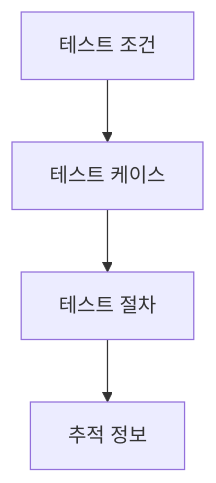
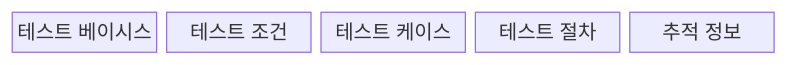
One commit to agnusdei1207/knowledge-base changed the first of 2 diagrams in src/content/docs/notes/03-software/079_iso_29119_test_design.md. Above: the diagram before and after it, drawn with Mermaid. The commit also changed other lines of this file and 20 other files, not shown here.

````diff
--- a/src/content/docs/notes/03-software/079_iso_29119_test_design.md
+++ b/src/content/docs/notes/03-software/079_iso_29119_test_design.md
@@ -64,6 +62,9 @@
 ```mermaid
-flowchart TD
-    C["테스트 조건"] --> K["테스트 케이스"]
-    K --> P["테스트 절차"]
-    P --> T["추적 정보"]
+block
+  columns 5
+  B["테스트 베이시스"]
+  C["테스트 조건"]
+  K["테스트 케이스"]
+  P["테스트 절차"]
+  T["추적 정보"]
 ```
````
